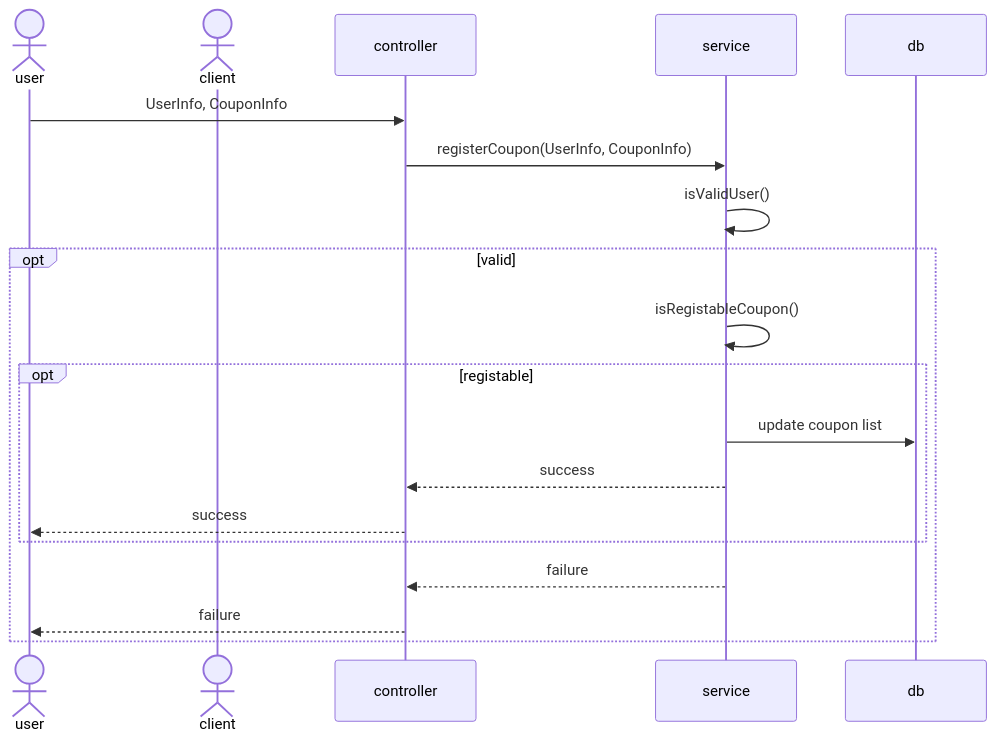
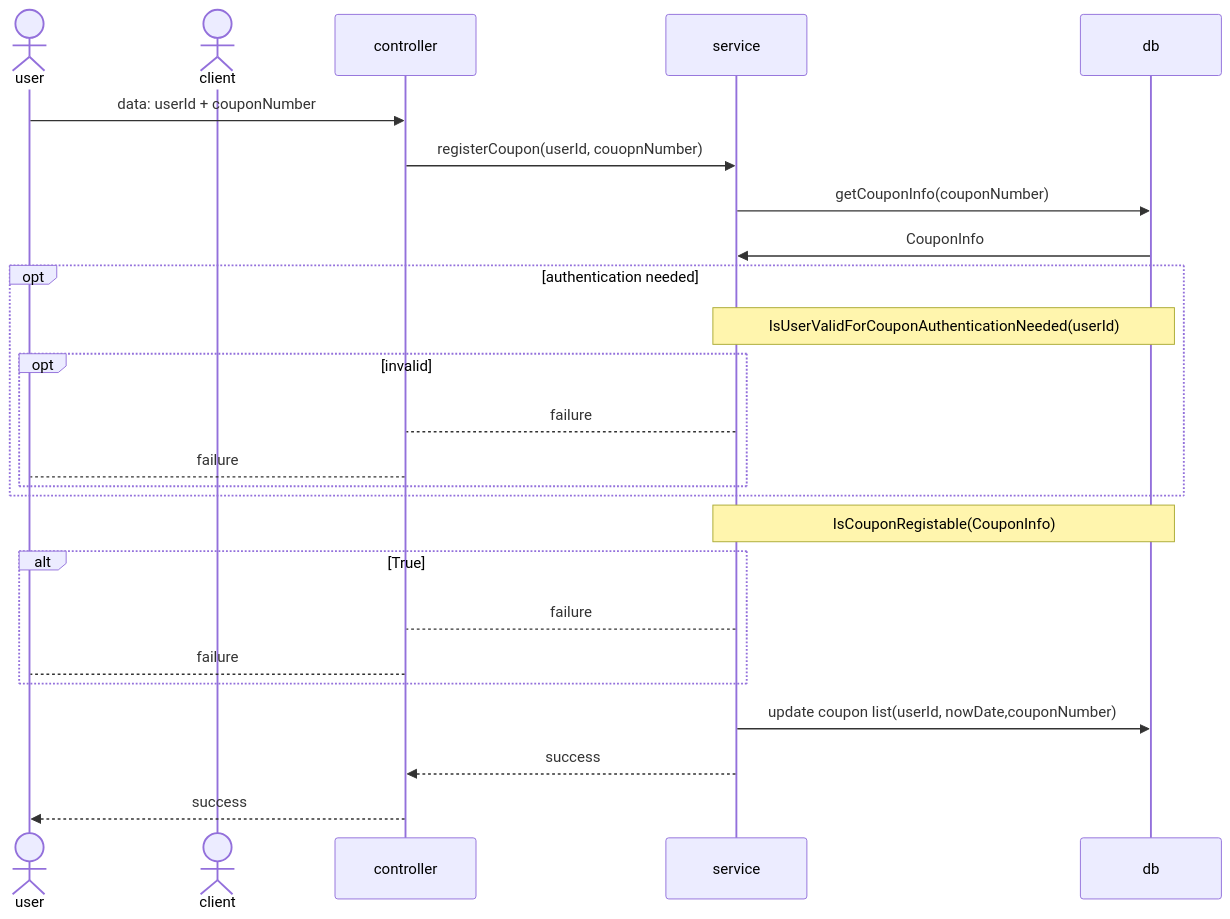
The first of 7 diagrams in sequence-diagram-phase-0.md (couponApiServerEconovation/couponApiServerMtak), drawn with Mermaid before and after one commit. The commit also changed other lines of this file and 11 other files, not shown here.

````diff
--- a/sequence-diagram-phase-0.md
+++ b/sequence-diagram-phase-0.md
@@ -2,22 +3,28 @@
 ```mermaid
 sequenceDiagram
     actor user
     actor cl as client
     participant ctr as controller
     participant s as service
     participant db
     
-    user->>ctr : UserInfo, CouponInfo
-    ctr->>s: registerCoupon(UserInfo, CouponInfo)
-    s ->> s : isValidUser()
-    opt valid
-        s->>s: isRegistableCoupon()
-        opt registable
-            s ->> db: update coupon list
-            s-->> ctr: success
-            ctr-->> user: success
-        end
-    s-->>ctr: failure
-    ctr -->> user: failure
+    user->>ctr : data: userId + couponNumber
+    ctr->>s: registerCoupon(userId, couopnNumber)
+    s->>db: getCouponInfo(couponNumber)
+    db->>s: CouponInfo
+    opt authentication needed
+    Note over s, db: IsUserValidForCouponAuthenticationNeeded(userId)
+    opt invalid
+    s-->ctr: failure
+    ctr-->user: failure
     end
+    end
+    Note over s, db: IsCouponRegistable(CouponInfo)
+    alt True
+         s-->ctr: failure
+         ctr-->user: failure
+    end
+    s ->> db: update coupon list(userId, nowDate,couponNumber) 
+    s-->> ctr: success 
+    ctr-->> user: success
 ```
````
